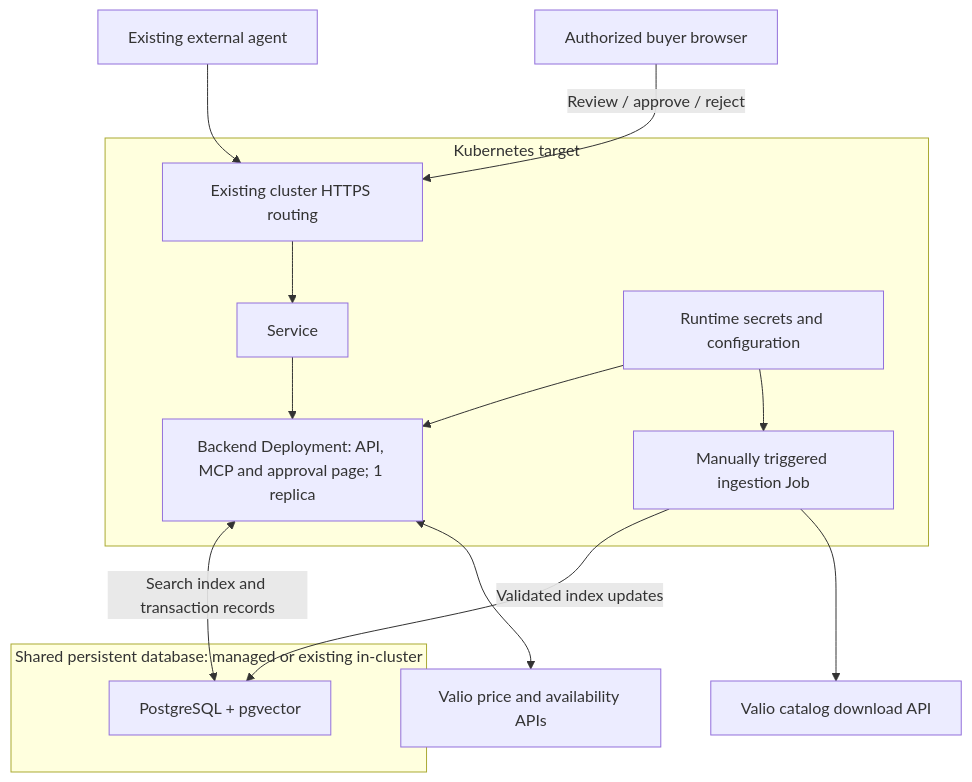
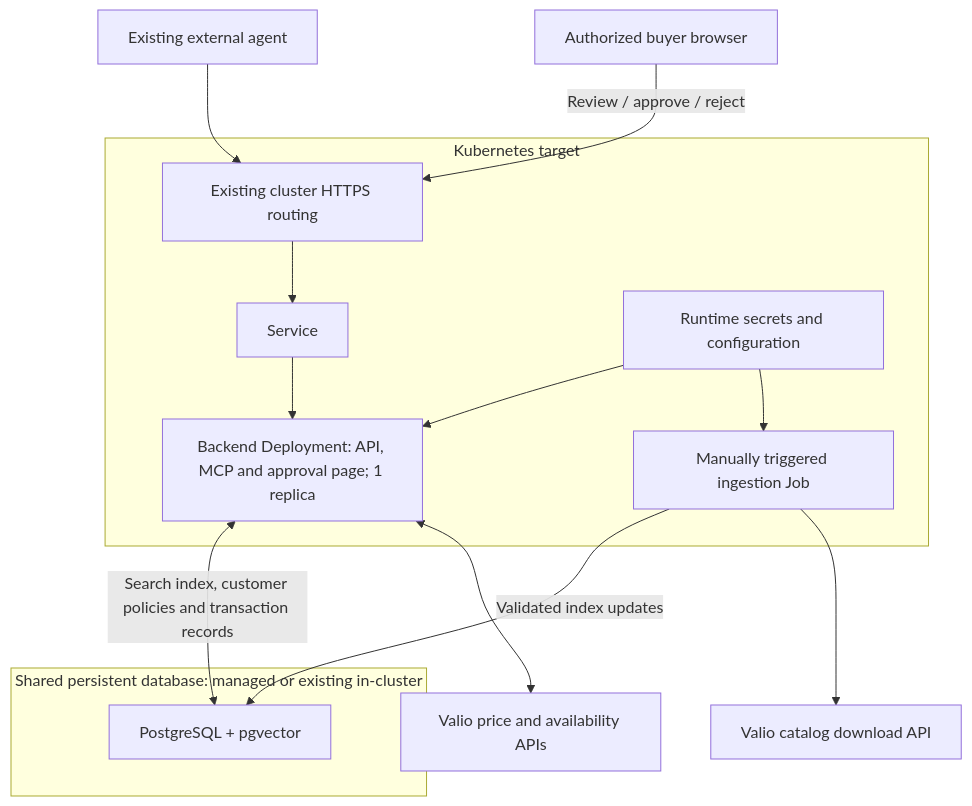
Before and after one commit to Junction-Best-Team/Main-Application: the third of 3 diagrams in docs/brief.md, drawn with Mermaid. The commit also changed other lines of this file and 3 other files, not shown here.

````diff
--- a/docs/brief.md
+++ b/docs/brief.md
@@ -285,19 +345,19 @@
 ```mermaid
 flowchart TB
     Agent["Existing external agent"] --> HTTPS["Existing cluster HTTPS routing"]
     BuyerBrowser["Authorized buyer browser"] -->|"Review / approve / reject"| HTTPS
     subgraph Cluster["Kubernetes target"]
         HTTPS --> Service["Service"]
         Service --> Pod["Backend Deployment: API, MCP and approval page; 1 replica"]
         Job["Manually triggered ingestion Job"]
         Config["Runtime secrets and configuration"] --> Pod
         Config --> Job
     end
     subgraph Store["Shared persistent database: managed or existing in-cluster"]
         PG["PostgreSQL + pgvector"]
     end
-    Pod <-->|"Search index and transaction records"| PG
+    Pod <-->|"Search index, customer policies and transaction records"| PG
     Job -->|"Validated index updates"| PG
     Job --> Download["Valio catalog download API"]
     Pod <--> Lookups["Valio price and availability APIs"]
 ```
````
